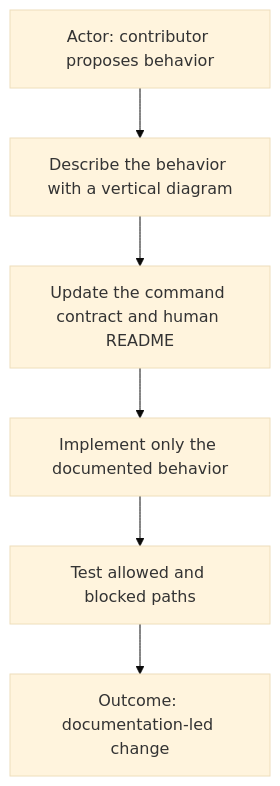
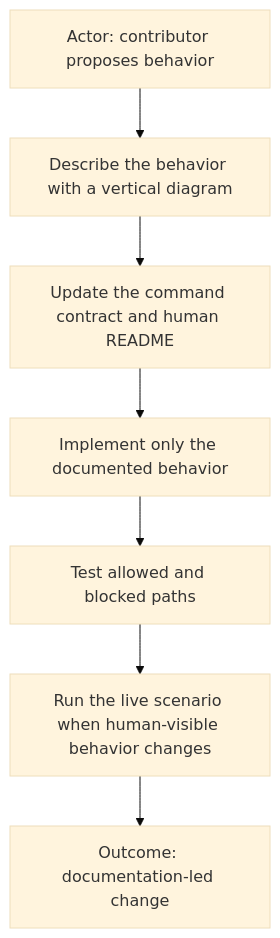
Diagram 13 of 15 in CONTRIBUTING.md (starodubtsevconsulting/ai-commands), drawn with Mermaid (base theme) before and after one commit. The commit also changed other lines of this file and 8 other files, not shown here.

Commit message:
show-context: add live acceptance scenario

````diff
--- a/CONTRIBUTING.md
+++ b/CONTRIBUTING.md
@@ -270,9 +270,10 @@
 ```mermaid
 flowchart TD
   Actor["Actor: contributor proposes behavior"]
   Actor --> Visual["Describe the behavior with a vertical diagram"]
   Visual --> Contract["Update the command contract and human README"]
   Contract --> Code["Implement only the documented behavior"]
   Code --> Test["Test allowed and blocked paths"]
-  Test --> Outcome["Outcome: documentation-led change"]
+  Test --> Scenario["Run the live scenario when human-visible behavior changes"]
+  Scenario --> Outcome["Outcome: documentation-led change"]
 ```
````
